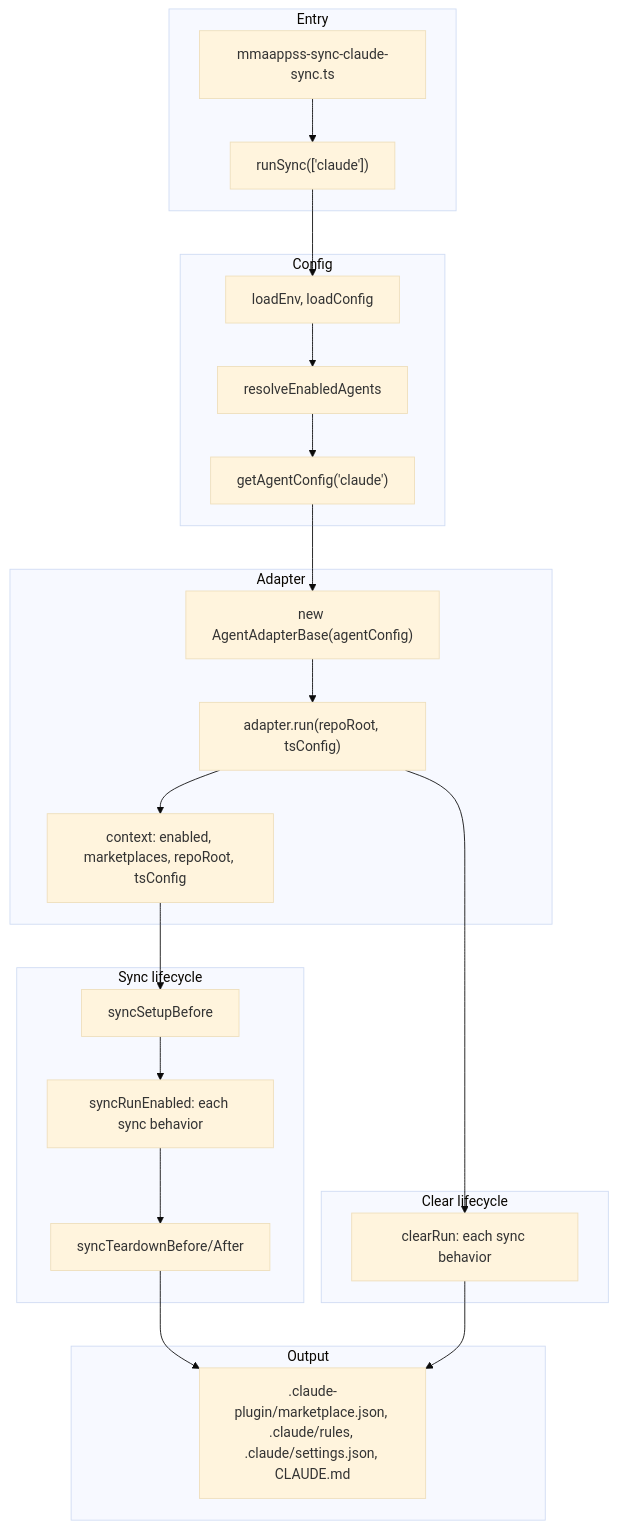
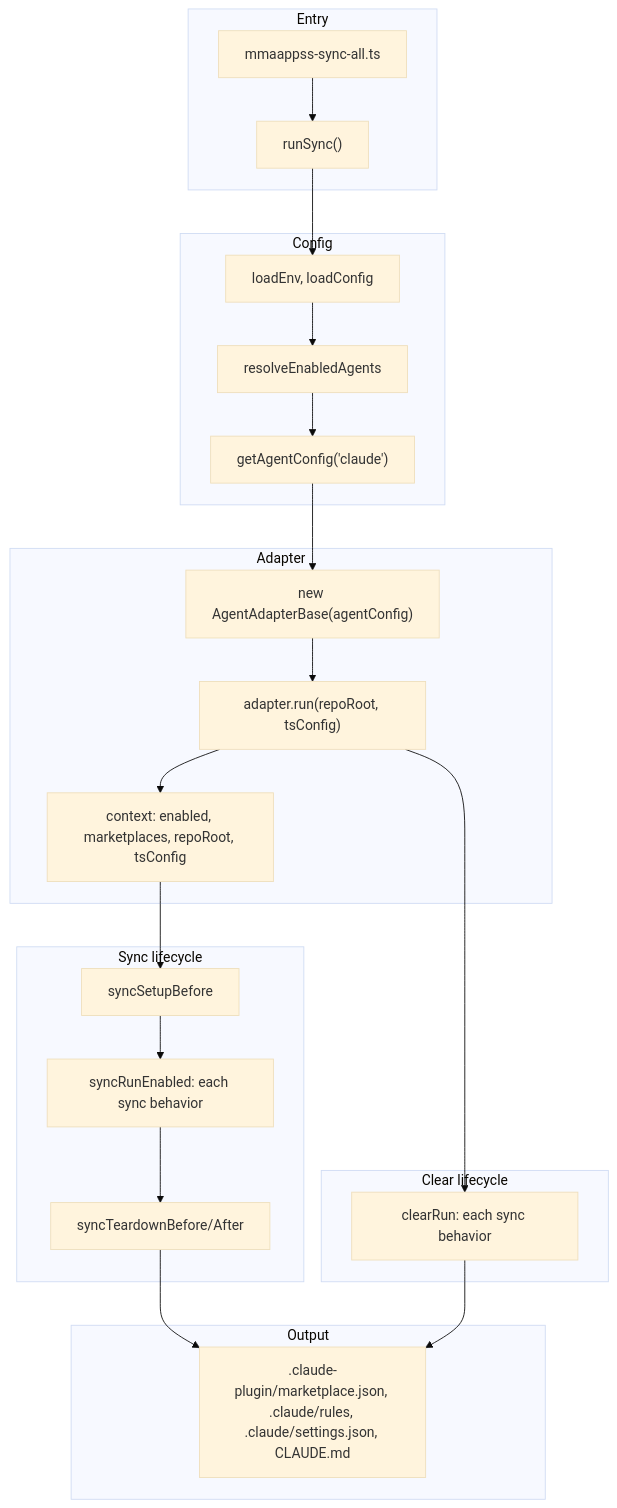
One commit to flycrum/mmaappss changed the diagram in packages/sync/.agents/plugins/mmaappss-sync/README.md. Above: the diagram before and after it, drawn with Mermaid (base theme). The commit also changed other lines of this file and 18 other files, not shown here.

````diff
--- a/packages/sync/.agents/plugins/mmaappss-sync/README.md
+++ b/packages/sync/.agents/plugins/mmaappss-sync/README.md
@@ -53,41 +53,41 @@
 ```mermaid
 flowchart TB
   subgraph entry [Entry]
-    Script["mmaappss-sync-claude-sync.ts"]
-    RunSync["runSync(['claude'])"]
+    Script["mmaappss-sync-all.ts"]
+    RunSync["runSync()"]
   end
   subgraph config [Config]
     LoadEnv["loadEnv, loadConfig"]
     ResolveAgents["resolveEnabledAgents"]
     GetAgent["getAgentConfig('claude')"]
   end
   subgraph adapter [Adapter]
     NewAdapter["new AgentAdapterBase(agentConfig)"]
     AdapterRun["adapter.run(repoRoot, tsConfig)"]
     Context["context: enabled, marketplaces, repoRoot, tsConfig"]
   end
   subgraph lifecycle [Sync lifecycle]
     SetupBefore["syncSetupBefore"]
     RunEnabled["syncRunEnabled: each sync behavior"]
     Teardown["syncTeardownBefore/After"]
   end
   subgraph clearLifecycle [Clear lifecycle]
     ClearRun["clearRun: each sync behavior"]
   end
   subgraph out [Output]
     OutFiles[".claude-plugin/marketplace.json, .claude/rules, .claude/settings.json, CLAUDE.md"]
   end
   Script --> RunSync
   RunSync --> LoadEnv
   LoadEnv --> ResolveAgents
   ResolveAgents --> GetAgent
   GetAgent --> NewAdapter
   NewAdapter --> AdapterRun
   AdapterRun --> Context
   Context --> SetupBefore
   SetupBefore --> RunEnabled
   RunEnabled --> Teardown
   Teardown --> OutFiles
   AdapterRun --> ClearRun
   ClearRun --> OutFiles
 ```
````
